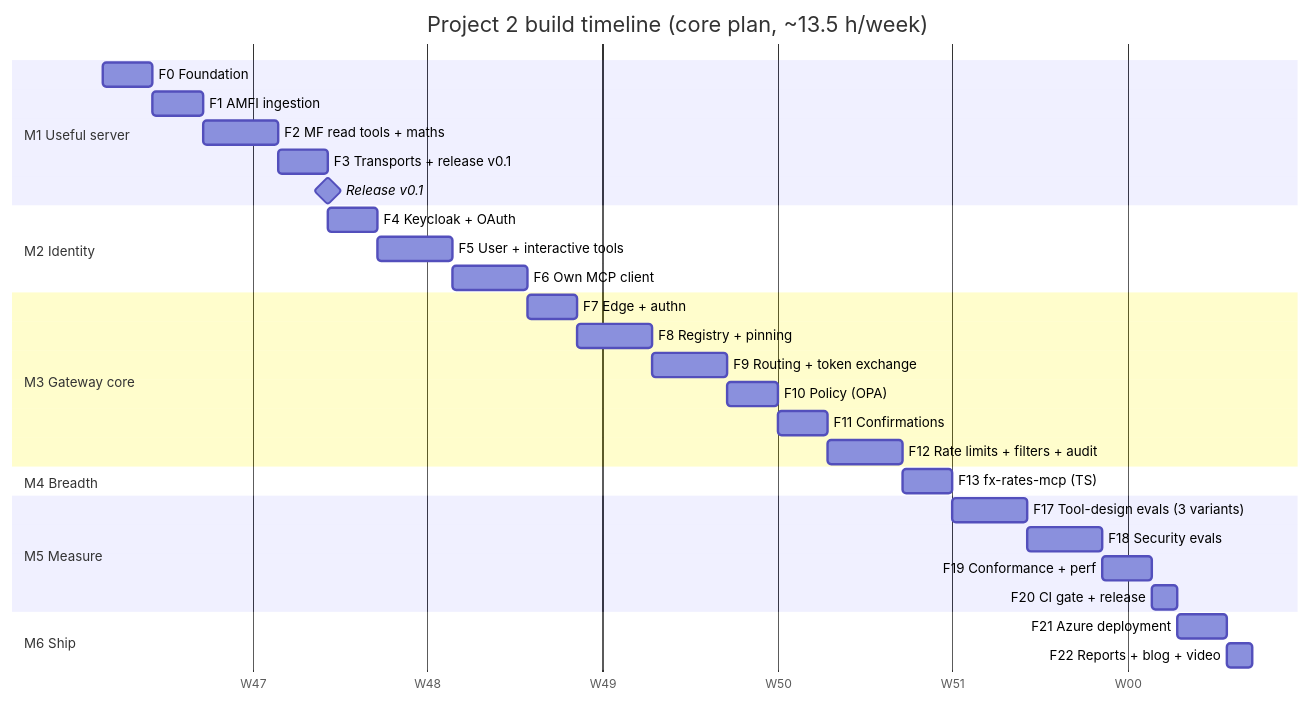
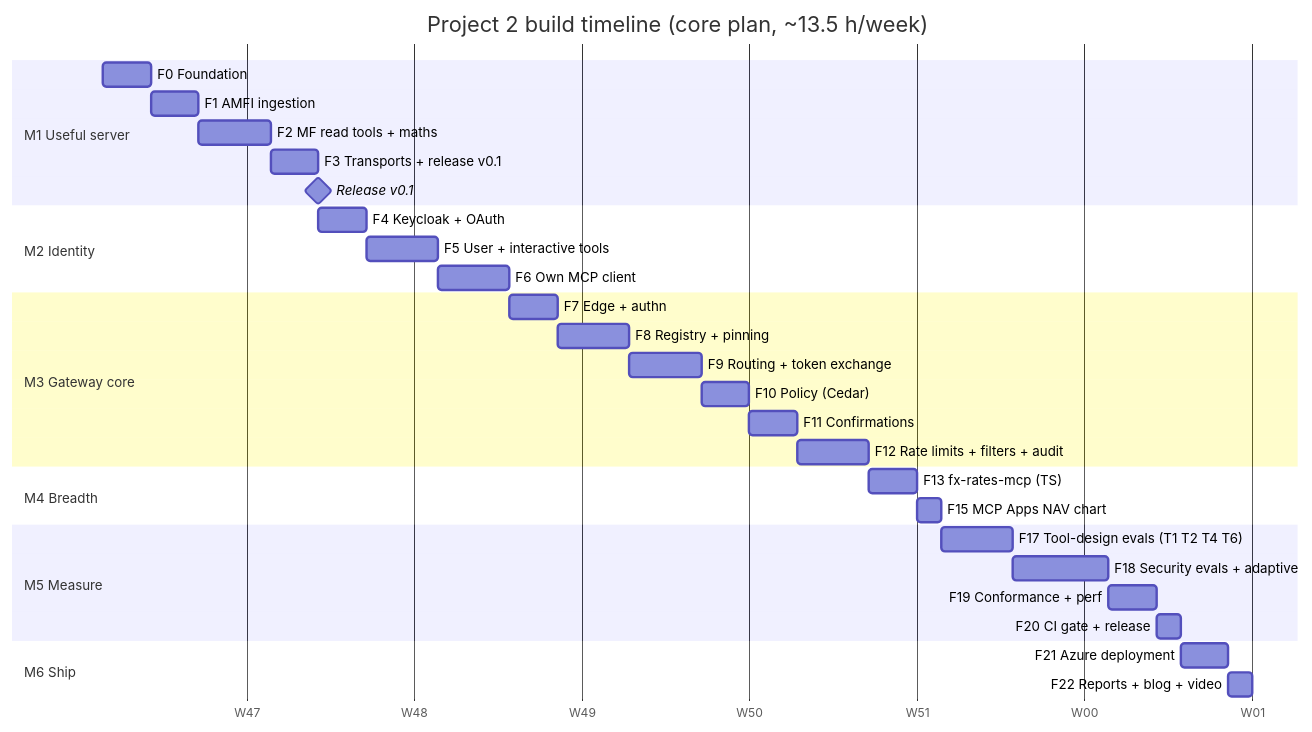
The fourth of 4 diagrams in projects/02-mcp-hub/docs/09-build-plan/README.md (pRiMeXoMeGa/AI-Learning-Projects), drawn with Mermaid before and after one commit. The commit also changed other lines of this file and 31 other files, not shown here.

````diff
--- a/projects/02-mcp-hub/docs/09-build-plan/README.md
+++ b/projects/02-mcp-hub/docs/09-build-plan/README.md
@@ -213,33 +217,34 @@
 ```mermaid
 gantt
     title Project 2 build timeline (core plan, ~13.5 h/week)
     dateFormat YYYY-MM-DD
     axisFormat W%W
     section M1 Useful server
     F0 Foundation                    :f0, 2026-11-23, 2d
     F1 AMFI ingestion                :f1, after f0, 2d
     F2 MF read tools + maths         :f2, after f1, 3d
     F3 Transports + release v0.1     :f3, after f2, 2d
     Release v0.1                     :milestone, after f3, 0d
     section M2 Identity
     F4 Keycloak + OAuth              :f4, after f3, 2d
     F5 User + interactive tools      :f5, after f4, 3d
     F6 Own MCP client                :f6, after f5, 3d
     section M3 Gateway core
     F7 Edge + authn                  :f7, after f6, 2d
     F8 Registry + pinning            :f8, after f7, 3d
     F9 Routing + token exchange      :f9, after f8, 3d
-    F10 Policy (OPA)                 :f10, after f9, 2d
+    F10 Policy (Cedar)               :f10, after f9, 2d
     F11 Confirmations                :f11, after f10, 2d
     F12 Rate limits + filters + audit :f12, after f11, 3d
     section M4 Breadth
     F13 fx-rates-mcp (TS)            :f13, after f12, 2d
+    F15 MCP Apps NAV chart           :f15, after f13, 1d
     section M5 Measure
-    F17 Tool-design evals (3 variants) :f17, after f13, 3d
-    F18 Security evals               :f18, after f17, 3d
+    F17 Tool-design evals (T1 T2 T4 T6) :f17, after f15, 3d
+    F18 Security evals + adaptive    :f18, after f17, 4d
     F19 Conformance + perf           :f19, after f18, 2d
     F20 CI gate + release            :f20, after f19, 1d
     section M6 Ship
     F21 Azure deployment             :f21, after f20, 2d
     F22 Reports + blog + video       :f22, after f21, 1d
 ```
````
